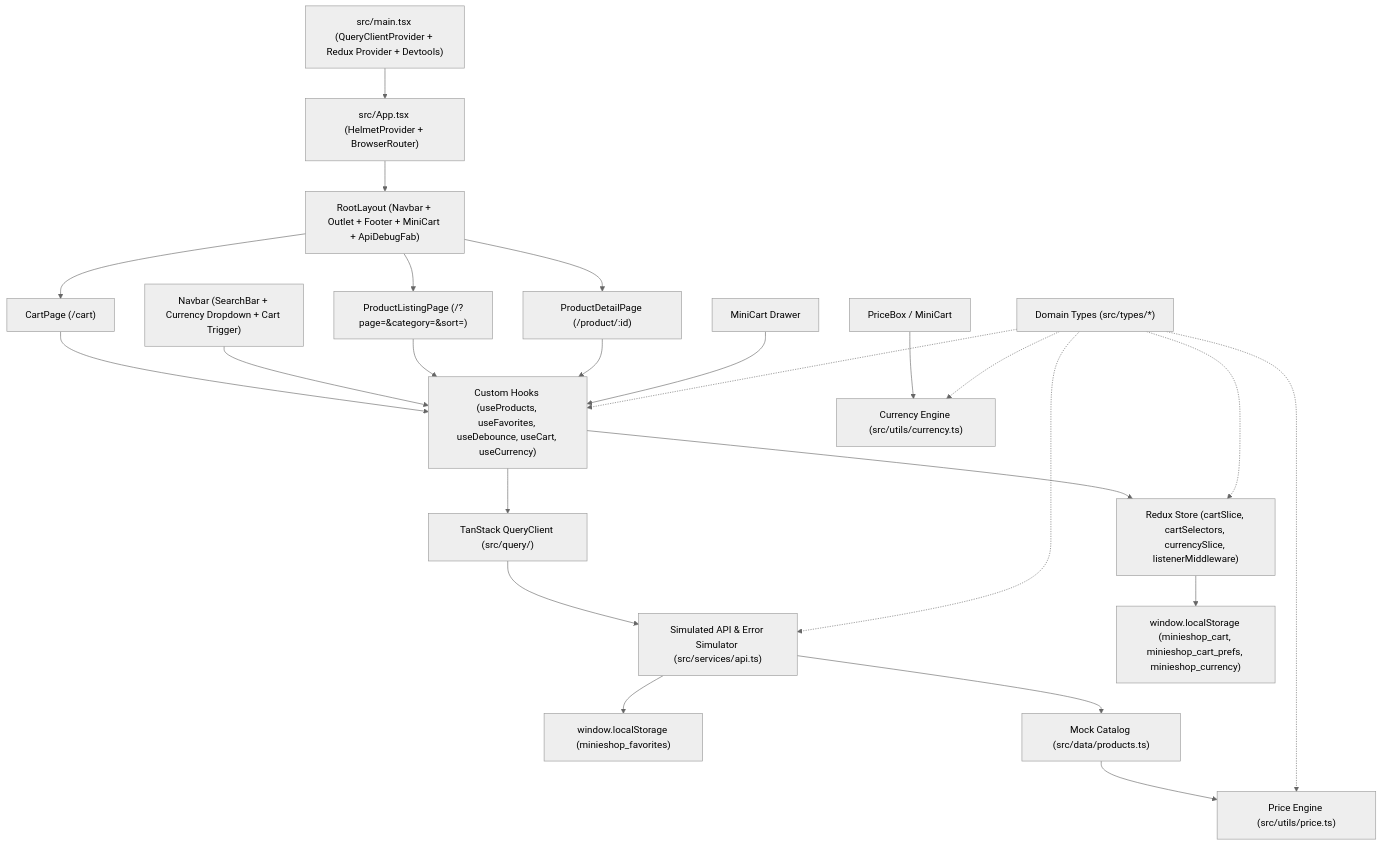
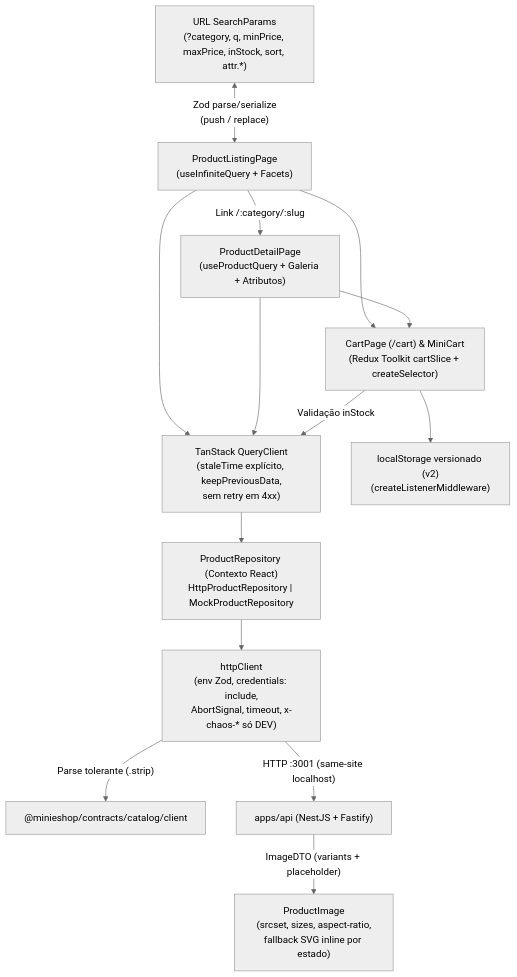
One commit to Luiquecruz/minie-shop changed the third of 3 diagrams in docs/architecture.md. Above: the diagram before and after it, drawn with Mermaid (neutral theme). The commit also changed other lines of this file and 407 other files, not shown here.

````diff
--- a/docs/architecture.md
+++ b/docs/architecture.md
@@ -6,26 +90,18 @@
 ```mermaid
 flowchart TD
-    Main["src/main.tsx (QueryClientProvider + Redux Provider + Devtools)"] --> App["src/App.tsx (HelmetProvider + BrowserRouter)"]
-    App --> Layout["RootLayout (Navbar + Outlet + Footer + MiniCart + ApiDebugFab)"]
-    Layout --> PLP["ProductListingPage (/?page=&category=&sort=)"]
-    Layout --> PDP["ProductDetailPage (/product/:id)"]
-    Layout --> Cart["CartPage (/cart)"]
-    Cart --> Hooks
-    Navbar["Navbar (SearchBar + Currency Dropdown + Cart Trigger)"] --> Hooks
-    PLP --> Hooks
-    PDP --> Hooks
-    MiniCart["MiniCart Drawer"] --> Hooks
-    Hooks["Custom Hooks (useProducts, useFavorites, useDebounce, useCart, useCurrency)"] --> RQ["TanStack QueryClient (src/query/)"]
-    Hooks --> Store["Redux Store (cartSlice, cartSelectors, currencySlice, listenerMiddleware)"]
-    RQ --> API["Simulated API & Error Simulator (src/services/api.ts)"]
-    Store --> LS["window.localStorage (minieshop_cart, minieshop_cart_prefs, minieshop_currency)"]
-    API --> FavLS["window.localStorage (minieshop_favorites)"]
-    API --> Mock["Mock Catalog (src/data/products.ts)"]
-    Mock --> PriceEngine["Price Engine (src/utils/price.ts)"]
-    PriceBox["PriceBox / MiniCart"] --> CurrencyEngine["Currency Engine (src/utils/currency.ts)"]
-    Types["Domain Types (src/types/*)"] -.-> PriceEngine
-    Types -.-> CurrencyEngine
-    Types -.-> API
-    Types -.-> Store
-    Types -.-> Hooks
+  URL["URL SearchParams\n(?category, q, minPrice, maxPrice, inStock, sort, attr.*)"] <-->|"Zod parse/serialize\n(push / replace)"| PLP["ProductListingPage\n(useInfiniteQuery + Facets)"]
+  PLP -->|"Link /:category/:slug"| PDP["ProductDetailPage\n(useProductQuery + Galeria + Atributos)"]
+  PLP --> Cart["CartPage (/cart) & MiniCart\n(Redux Toolkit cartSlice + createSelector)"]
+  PDP --> Cart
+
+  PLP --> RQ["TanStack QueryClient\n(staleTime explícito, keepPreviousData,\nsem retry em 4xx)"]
+  PDP --> RQ
+  Cart -->|"Validação inStock"| RQ
+
+  RQ --> Repo["ProductRepository (Contexto React)\nHttpProductRepository | MockProductRepository"]
+  Repo --> HTTP["httpClient\n(env Zod, credentials: include,\nAbortSignal, timeout, x-chaos-* só DEV)"]
+  HTTP -->|"Parse tolerante (.strip)"| Contracts["@minieshop/contracts/catalog/client"]
+  HTTP -->|"HTTP :3001 (same-site localhost)"| API["apps/api (NestJS + Fastify)"]
+  API -->|"ImageDTO (variants + placeholder)"| Img["ProductImage\n(srcset, sizes, aspect-ratio,\nfallback SVG inline por estado)"]
+  Cart --> LS["localStorage versionado (v2)\n(createListenerMiddleware)"]
 ```
````
